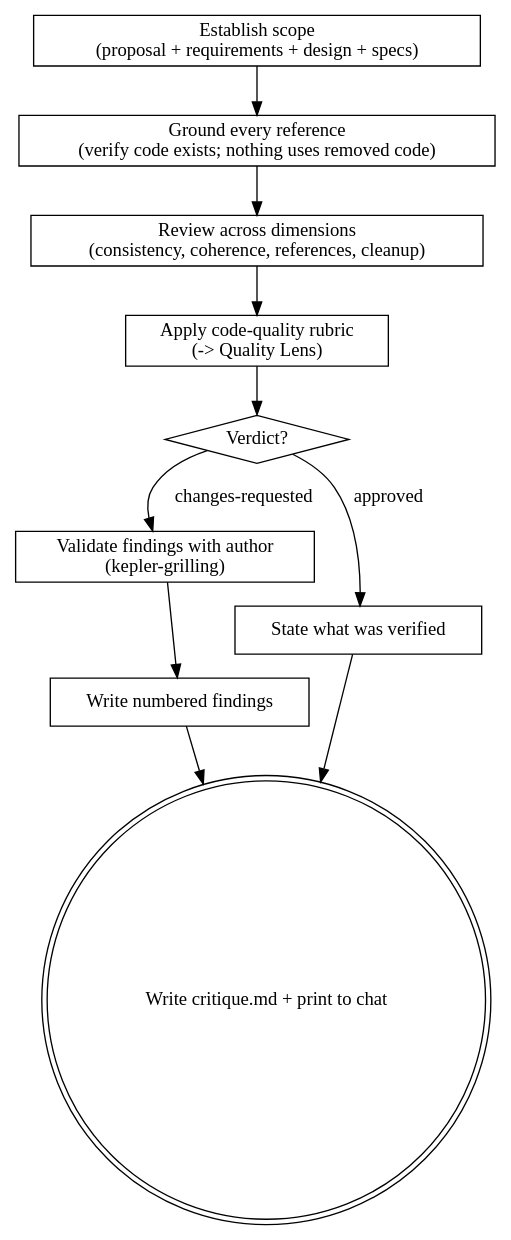
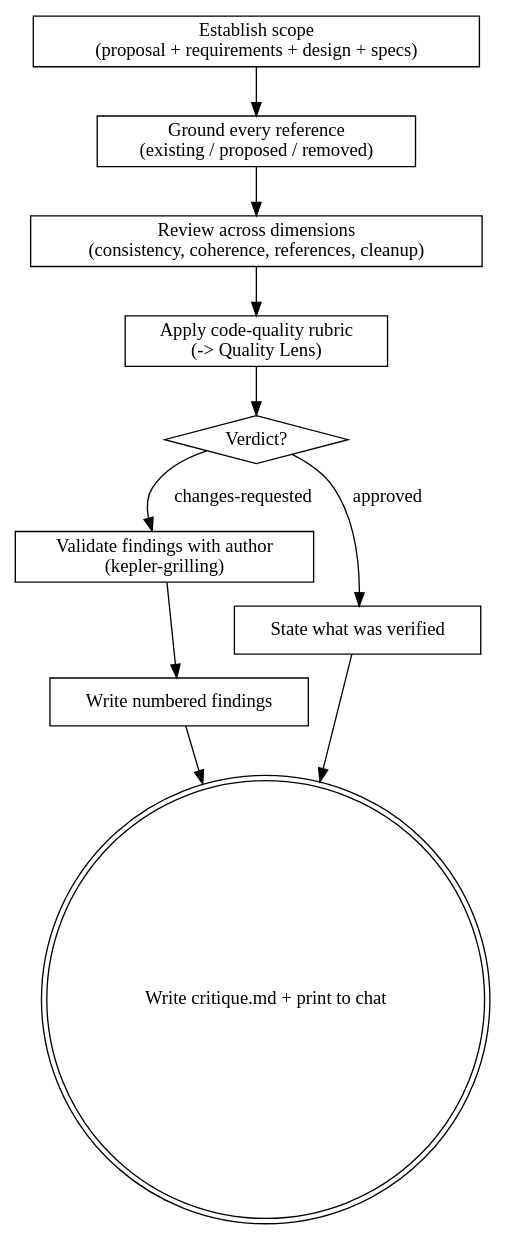
Before and after one commit to vialactea-works/kepler: the diagram in skills/kepler-critique/SKILL.md, drawn with Graphviz. The commit also changed other lines of this file and 18 other files, not shown here.

First line of the commit message:
docs: ground design artifacts in domain architecture

````diff
--- a/skills/kepler-critique/SKILL.md
+++ b/skills/kepler-critique/SKILL.md
@@ -212,23 +203,23 @@
 ```dot
 digraph kepler_critique {
     "Establish scope\n(proposal + requirements + design + specs)" [shape=box];
-    "Ground every reference\n(verify code exists; nothing uses removed code)" [shape=box];
+    "Ground every reference\n(existing / proposed / removed)" [shape=box];
     "Review across dimensions\n(consistency, coherence, references, cleanup)" [shape=box];
     "Apply code-quality rubric\n(-> Quality Lens)" [shape=box];
     "Verdict?" [shape=diamond];
     "Validate findings with author\n(kepler-grilling)" [shape=box];
     "Write numbered findings" [shape=box];
     "State what was verified" [shape=box];
     "Write critique.md + print to chat" [shape=doublecircle];
 
-    "Establish scope\n(proposal + requirements + design + specs)" -> "Ground every reference\n(verify code exists; nothing uses removed code)";
-    "Ground every reference\n(verify code exists; nothing uses removed code)" -> "Review across dimensions\n(consistency, coherence, references, cleanup)";
+    "Establish scope\n(proposal + requirements + design + specs)" -> "Ground every reference\n(existing / proposed / removed)";
+    "Ground every reference\n(existing / proposed / removed)" -> "Review across dimensions\n(consistency, coherence, references, cleanup)";
     "Review across dimensions\n(consistency, coherence, references, cleanup)" -> "Apply code-quality rubric\n(-> Quality Lens)";
     "Apply code-quality rubric\n(-> Quality Lens)" -> "Verdict?";
     "Verdict?" -> "Validate findings with author\n(kepler-grilling)" [label="changes-requested"];
     "Validate findings with author\n(kepler-grilling)" -> "Write numbered findings";
     "Verdict?" -> "State what was verified" [label="approved"];
     "Write numbered findings" -> "Write critique.md + print to chat";
     "State what was verified" -> "Write critique.md + print to chat";
 }
 ```
````
